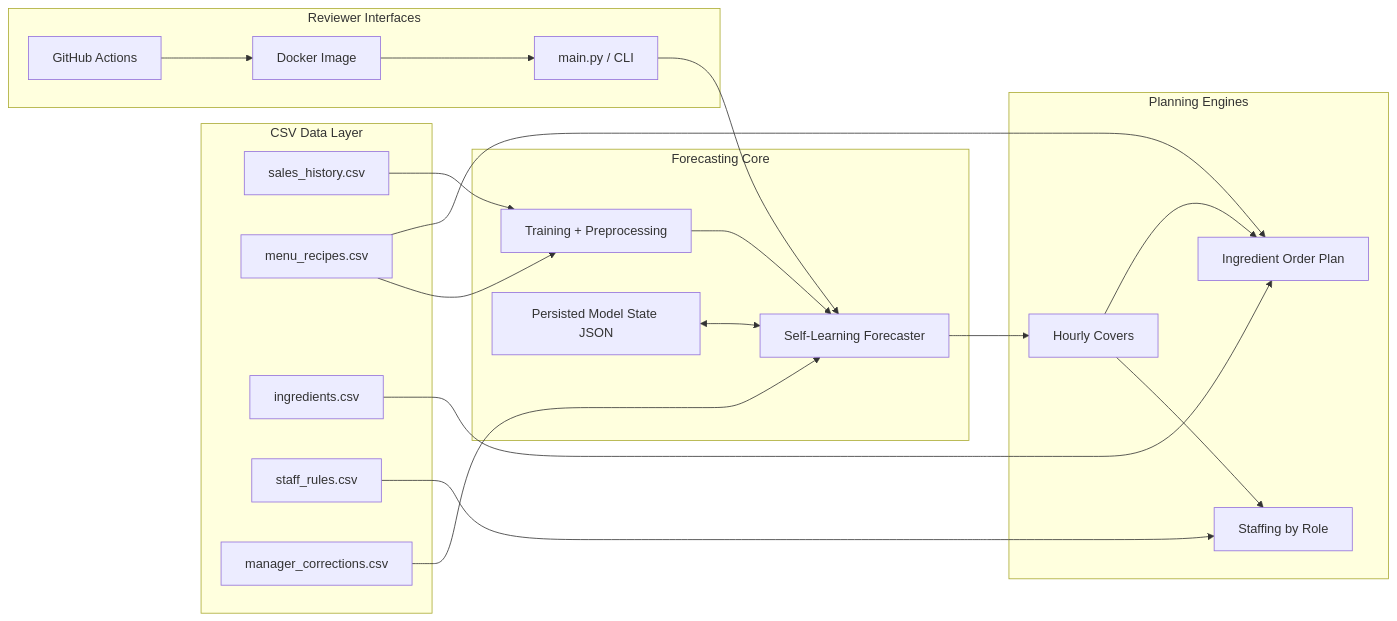
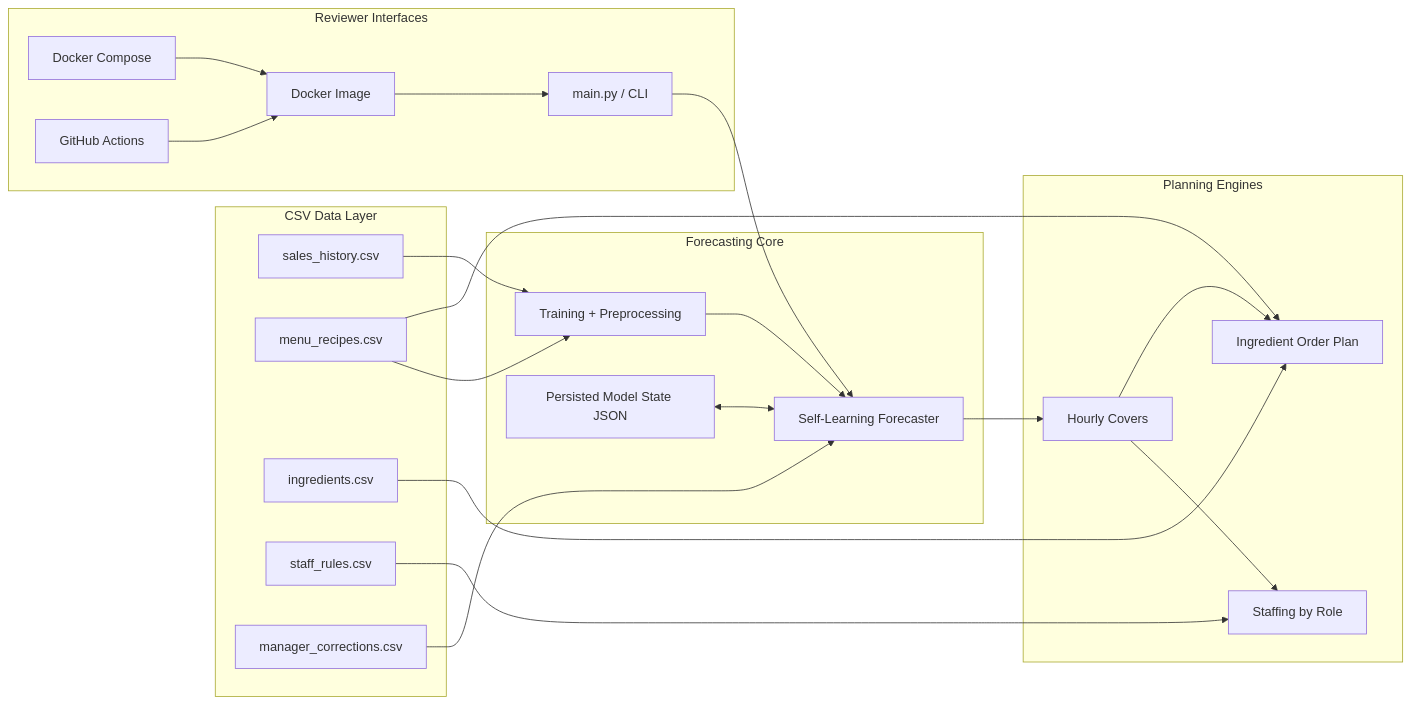
Before and after one commit to DIP-RO/Restaurant-Resource-Planning-System-Self-Learning-Forecaster-Techjays-: the first of 2 diagrams in README.md, drawn with Mermaid. The commit also changed other lines of this file, not shown here.

Commit message:
Move architecture overview near README top

````diff
--- a/README.md
+++ b/README.md
@@ -126,43 +21,45 @@
 ```mermaid
 flowchart LR
     subgraph Data["CSV Data Layer"]
         H["sales_history.csv"]
         R["menu_recipes.csv"]
         I["ingredients.csv"]
         S["staff_rules.csv"]
         C["manager_corrections.csv"]
     end
 
     subgraph Model["Forecasting Core"]
         T["Training + Preprocessing"]
         F["Self-Learning Forecaster"]
         M["Persisted Model State JSON"]
     end
 
     subgraph Planning["Planning Engines"]
         Covers["Hourly Covers"]
         Staff["Staffing by Role"]
         Inventory["Ingredient Order Plan"]
     end
 
     subgraph Interfaces["Reviewer Interfaces"]
         CLI["main.py / CLI"]
         Docker["Docker Image"]
+        Compose["Docker Compose"]
         CI["GitHub Actions"]
     end
 
     H --> T
     R --> T
     I --> Inventory
     S --> Staff
     T --> F
     M <--> F
     F --> Covers
     Covers --> Staff
     Covers --> Inventory
     R --> Inventory
     C --> F
     CLI --> F
     Docker --> CLI
+    Compose --> Docker
     CI --> Docker
 ```
````
